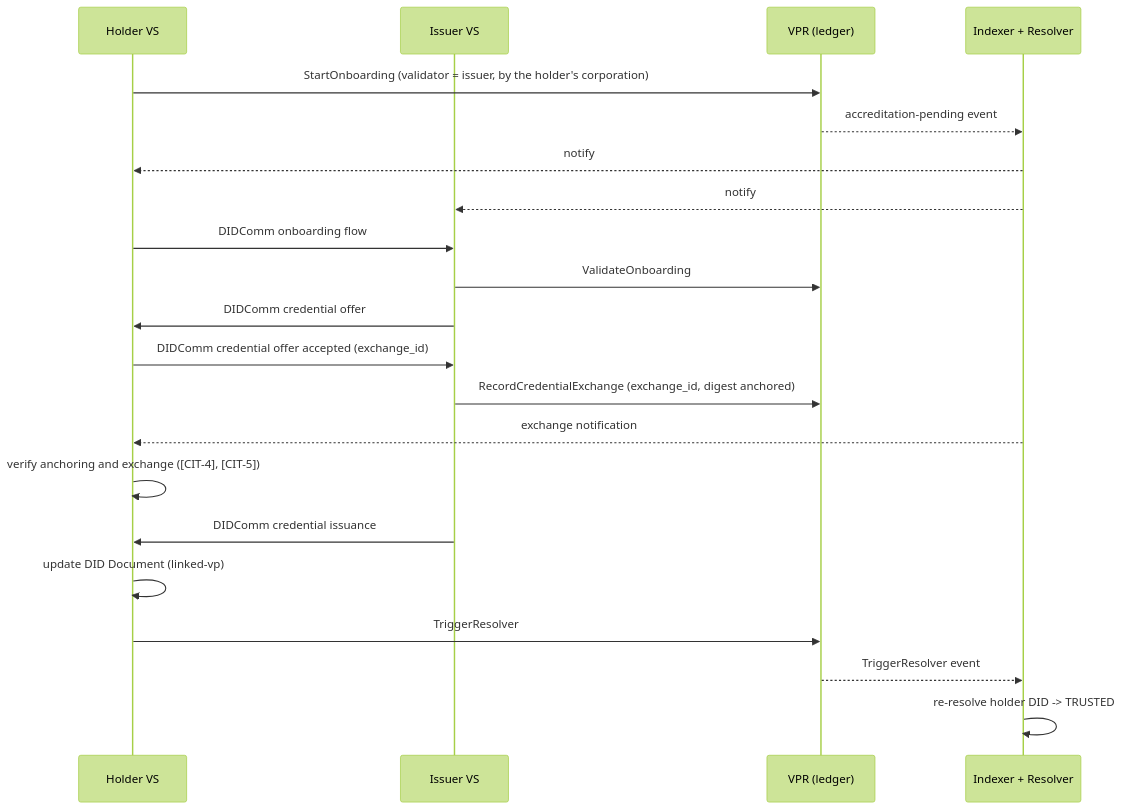
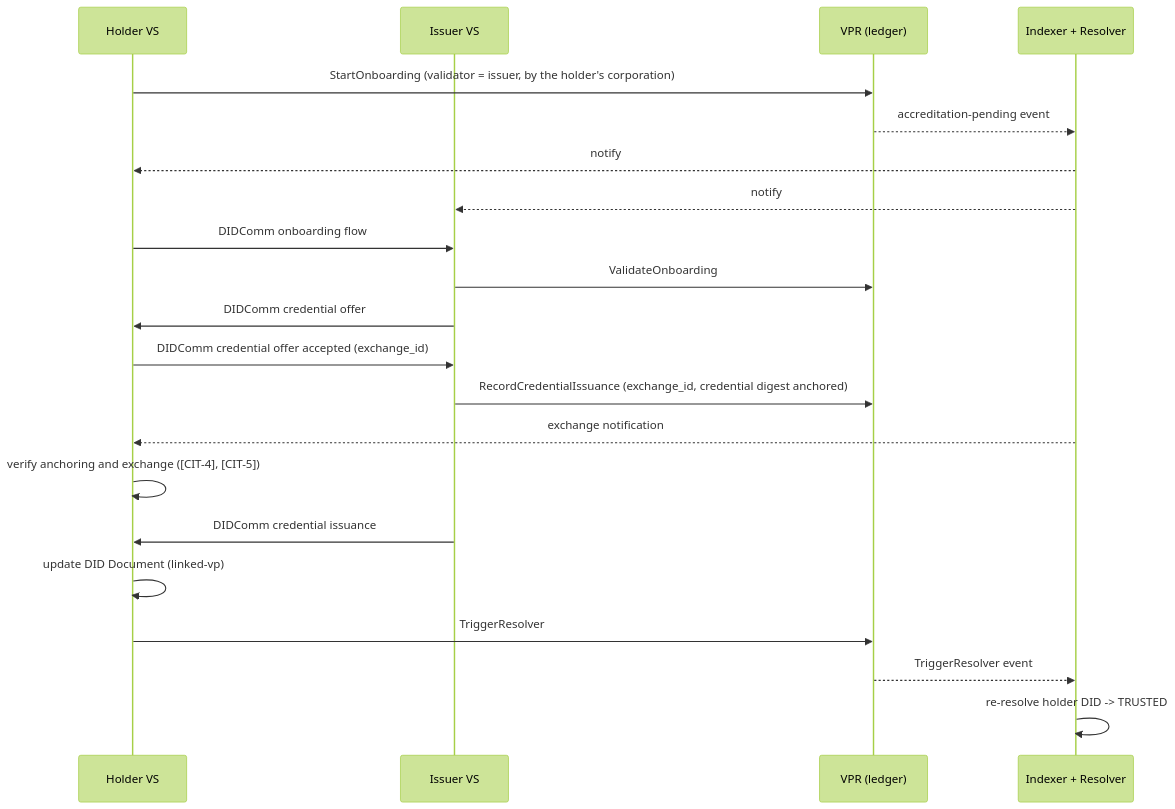
Before and after one commit to verana-labs/verifiable-trust-spec: diagram 15 of 16 in spec.md, drawn with Mermaid (forest theme). The commit also changed other lines of this file, not shown here.

Commit message:
Exchange records follow the VPR split: CredentialIssuance for an issuance, CredentialPresentation for a presentation

````diff
--- a/spec.md
+++ b/spec.md
@@ -2575,24 +2575,24 @@
 ```mermaid
 sequenceDiagram
     participant Holder as Holder VS
     participant Issuer as Issuer VS
     participant VPR as VPR (ledger)
     participant Idx as Indexer + Resolver
 
     Holder->>VPR: StartOnboarding (validator = issuer, by the holder's corporation)
     VPR-->>Idx: accreditation-pending event
     Idx-->>Holder: notify
     Idx-->>Issuer: notify
     Holder->>Issuer: DIDComm onboarding flow
     Issuer->>VPR: ValidateOnboarding
     Issuer->>Holder: DIDComm credential offer
     Holder->>Issuer: DIDComm credential offer accepted (exchange_id)
-    Issuer->>VPR: RecordCredentialExchange (exchange_id, digest anchored)
+    Issuer->>VPR: RecordCredentialIssuance (exchange_id, credential digest anchored)
     Idx-->>Holder: exchange notification
     Holder->>Holder: verify anchoring and exchange ([CIT-4], [CIT-5])
     Issuer->>Holder: DIDComm credential issuance
     Holder->>Holder: update DID Document (linked-vp)
     Holder->>VPR: TriggerResolver
     VPR-->>Idx: TriggerResolver event
     Idx->>Idx: re-resolve holder DID -> TRUSTED
 ```
````
